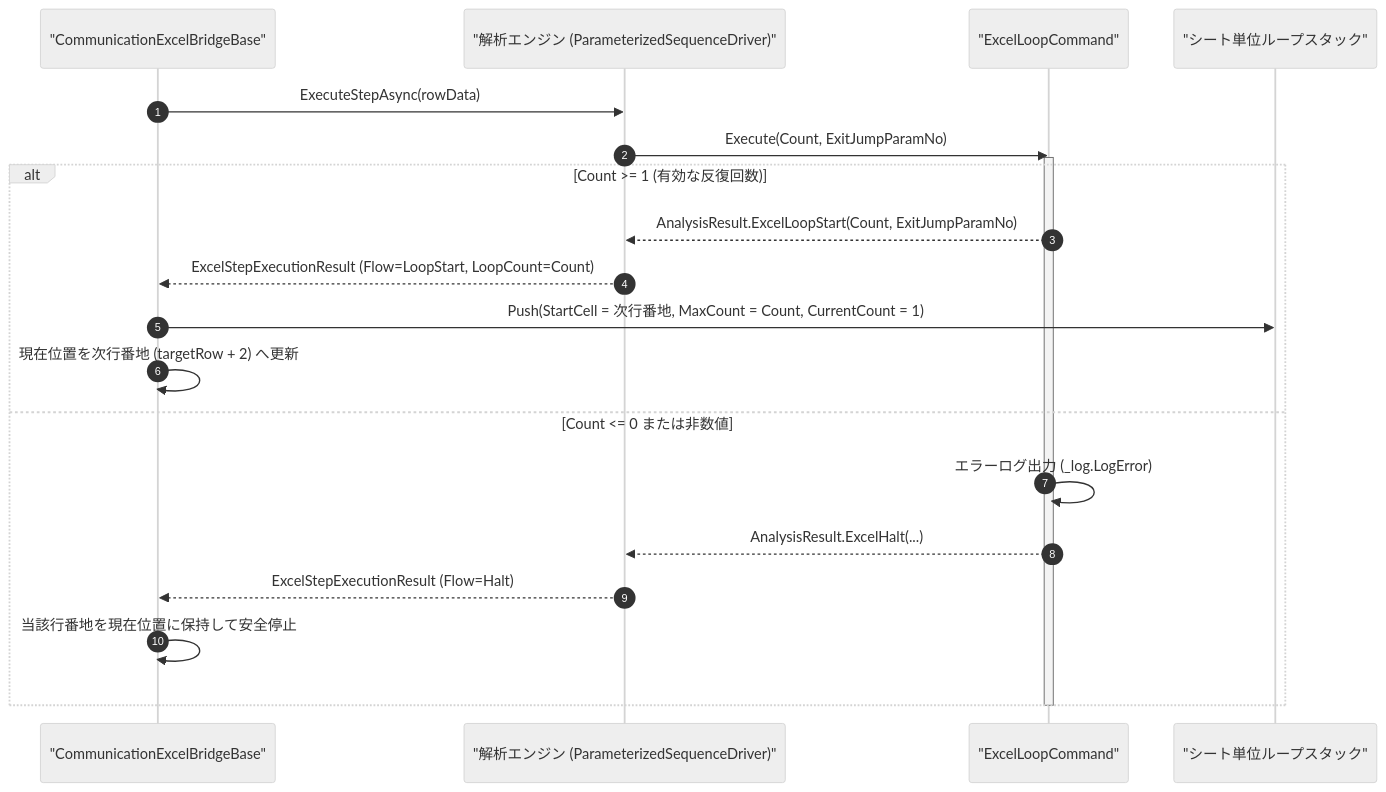
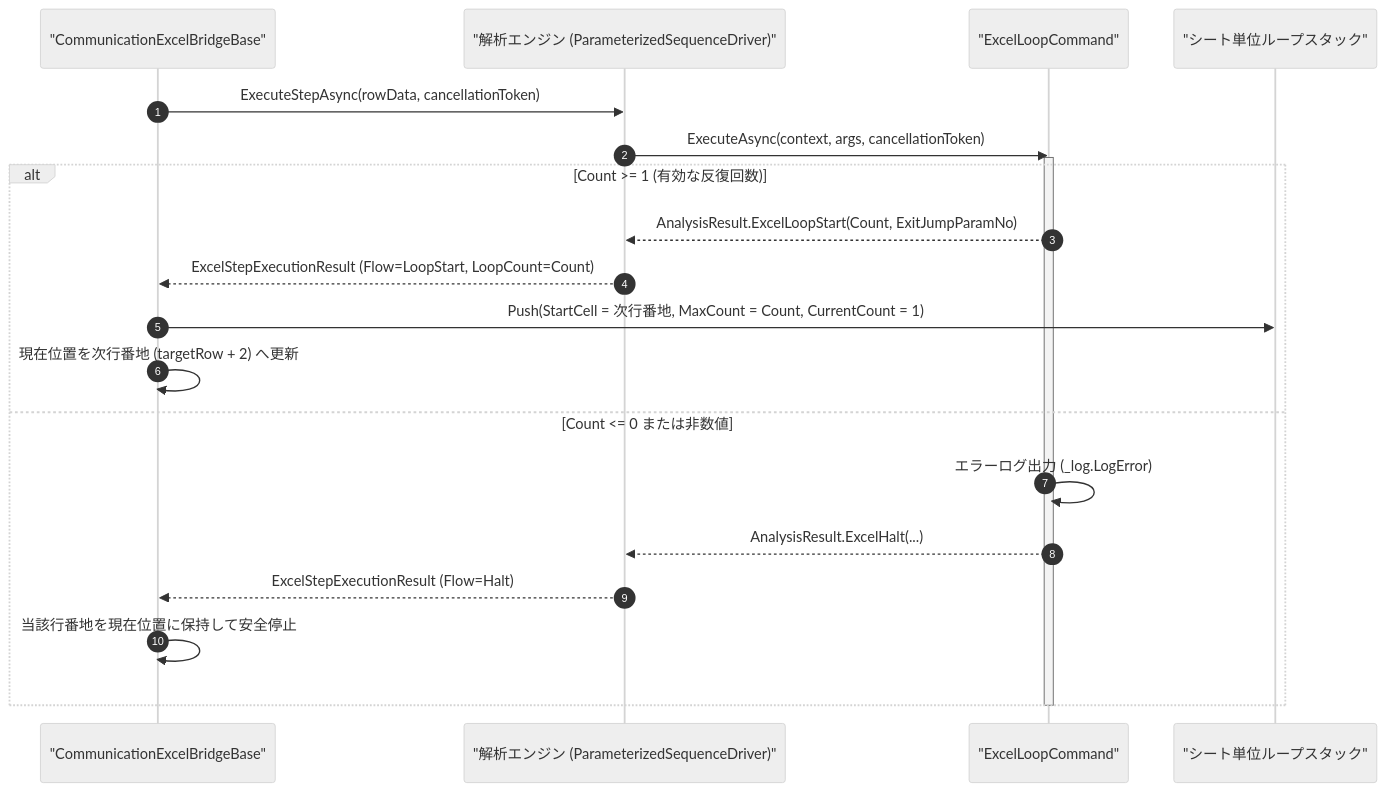
One commit to Monaca-App/TermAddIn changed the diagram in Manual/Core/Excel/Excel_Loop.Md. Above: the diagram before and after it, drawn with Mermaid (neutral theme). The commit also changed other lines of this file and 157 other files, not shown here.

````diff
--- a/Manual/Core/Excel/Excel_Loop.Md
+++ b/Manual/Core/Excel/Excel_Loop.Md
@@ -67,24 +67,24 @@
 ```mermaid
 sequenceDiagram
     autonumber
     participant Bridge as "CommunicationExcelBridgeBase"
     participant Engine as "解析エンジン (ParameterizedSequenceDriver)"
     participant Cmd as "ExcelLoopCommand"
     participant Stack as "シート単位ループスタック"
 
-    Bridge->>Engine: ExecuteStepAsync(rowData)
-    Engine->>Cmd: Execute(Count, ExitJumpParamNo)
+    Bridge->>Engine: ExecuteStepAsync(rowData, cancellationToken)
+    Engine->>Cmd: ExecuteAsync(context, args, cancellationToken)
     activate Cmd
     alt Count >= 1 (有効な反復回数)
         Cmd-->>Engine: AnalysisResult.ExcelLoopStart(Count, ExitJumpParamNo)
         Engine-->>Bridge: ExcelStepExecutionResult (Flow=LoopStart, LoopCount=Count)
         Bridge->>Stack: Push(StartCell = 次行番地, MaxCount = Count, CurrentCount = 1)
         Bridge->>Bridge: 現在位置を次行番地 (targetRow + 2) へ更新
     else Count <= 0 または非数値
         Cmd->>Cmd: エラーログ出力 (_log.LogError)
         Cmd-->>Engine: AnalysisResult.ExcelHalt(...)
         Engine-->>Bridge: ExcelStepExecutionResult (Flow=Halt)
         Bridge->>Bridge: 当該行番地を現在位置に保持して安全停止
     end
     deactivate Cmd
 ```
````
